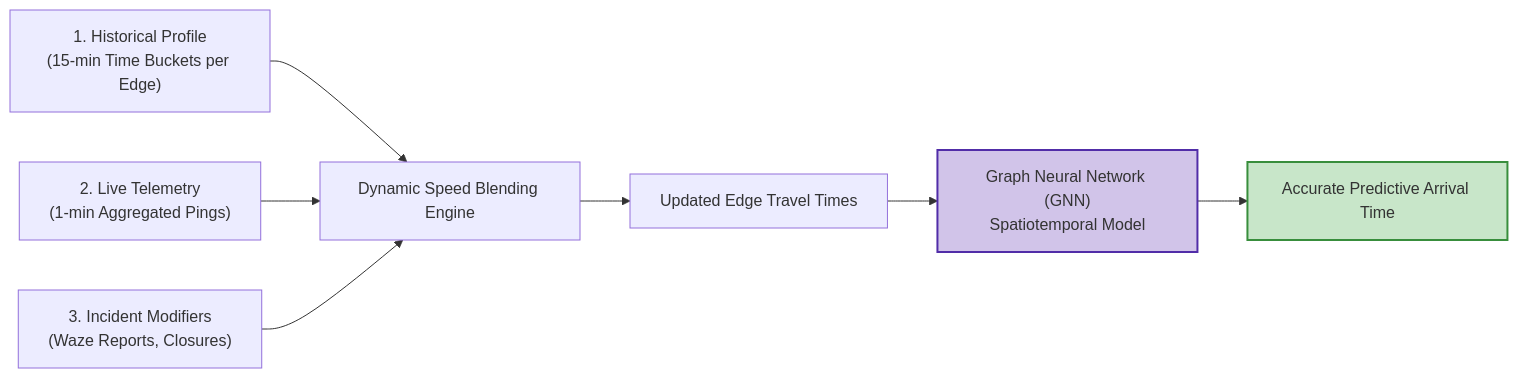
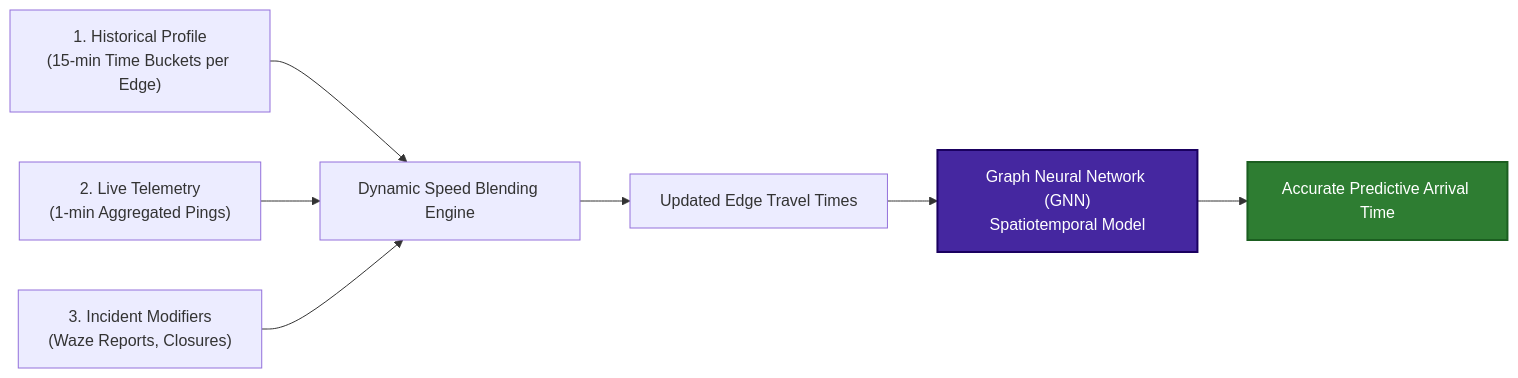
Diagram 22 of 27 in system-design/HLD/0-course/28-Design Google Maps-FAANG-Guide.md (riyaz-pasha/Learnings), drawn with Mermaid before and after one commit. The commit also changed other lines of this file and 1 other file, not shown here.

First line of the commit message:
[HLD] Make Google Maps guide mermaid diagram colors theme-safe

````diff
--- a/system-design/HLD/0-course/28-Design Google Maps-FAANG-Guide.md
+++ b/system-design/HLD/0-course/28-Design Google Maps-FAANG-Guide.md
@@ -961,13 +961,13 @@
 ```mermaid
 flowchart LR
     Layer1["1. Historical Profile<br/>(15-min Time Buckets per Edge)"] --> BlendEngine["Dynamic Speed Blending Engine"]
     Layer2["2. Live Telemetry<br/>(1-min Aggregated Pings)"] --> BlendEngine
     Layer3["3. Incident Modifiers<br/>(Waze Reports, Closures)"] --> BlendEngine
     
     BlendEngine --> EdgeWeights["Updated Edge Travel Times"]
     EdgeWeights --> GNN["Graph Neural Network (GNN)<br/>Spatiotemporal Model"]
     GNN --> PredictiveETA["Accurate Predictive Arrival Time"]
 
-    style GNN fill:#d1c4e9,stroke:#512da8,stroke-width:2px
-    style PredictiveETA fill:#c8e6c9,stroke:#388e3c,stroke-width:2px
+    style GNN fill:#4527a0,stroke:#1a0060,color:#ffffff,stroke-width:2px
+    style PredictiveETA fill:#2e7d32,stroke:#1b5e20,color:#ffffff,stroke-width:2px
 ```
````
